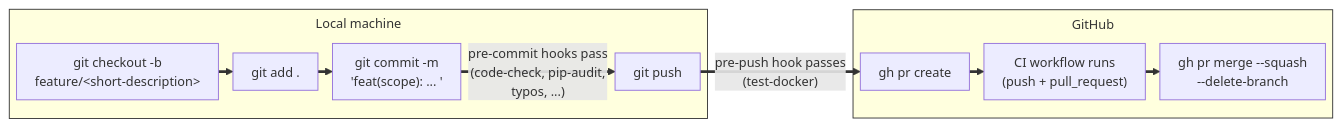
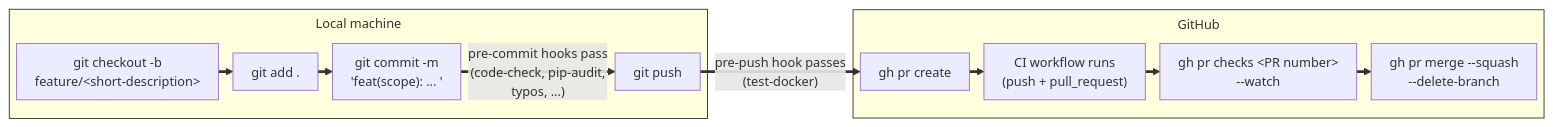
Before and after one commit to Kgotso-Koete/fastapi-clean-example: the first of 2 diagrams in docs/wiki/content/development-guide/version-control.md, drawn with Mermaid. The commit also changed other lines of this file and 57 other files, not shown here.

````diff
--- a/docs/wiki/content/development-guide/version-control.md
+++ b/docs/wiki/content/development-guide/version-control.md
@@ -44,25 +49,26 @@
     ```mermaid
     %%{init: {"theme": "default", "themeVariables": {"fontSize": "14px"}, "flowchart": {"nodeSpacing": 20, "rankSpacing": 16, "padding": 10, "subGraphTitleMargin": {"top": 5, "bottom": 12}, "useMaxWidth": false}}}%%
     flowchart LR
         subgraph local["Local machine"]
             branch["git checkout -b<br/>feature/&lt;short-description&gt;"]
             add["git add ."]
             commit["git commit -m<br/>'feat(scope): ... '"]
             push["git push"]
             branch --> add --> commit
         end
 
         subgraph github["GitHub"]
             pr["gh pr create"]
             ci["CI workflow runs<br/>(push + pull_request)"]
+            watch["gh pr checks &lt;PR number&gt;<br/>--watch"]
             merge["gh pr merge --squash<br/>--delete-branch"]
-            pr --> ci --> merge
+            pr --> ci --> watch --> merge
         end
 
         commit -->|"pre-commit hooks pass<br/>(code-check, pip-audit,<br/>typos, ...)"| push
         push -->|"pre-push hook passes<br/>(test-docker)"| pr
 
         linkStyle default stroke-width:3px,stroke:#333333
         style local stroke-width:1px,stroke:#333333
         style github stroke-width:1px,stroke:#333333
     ```
````
